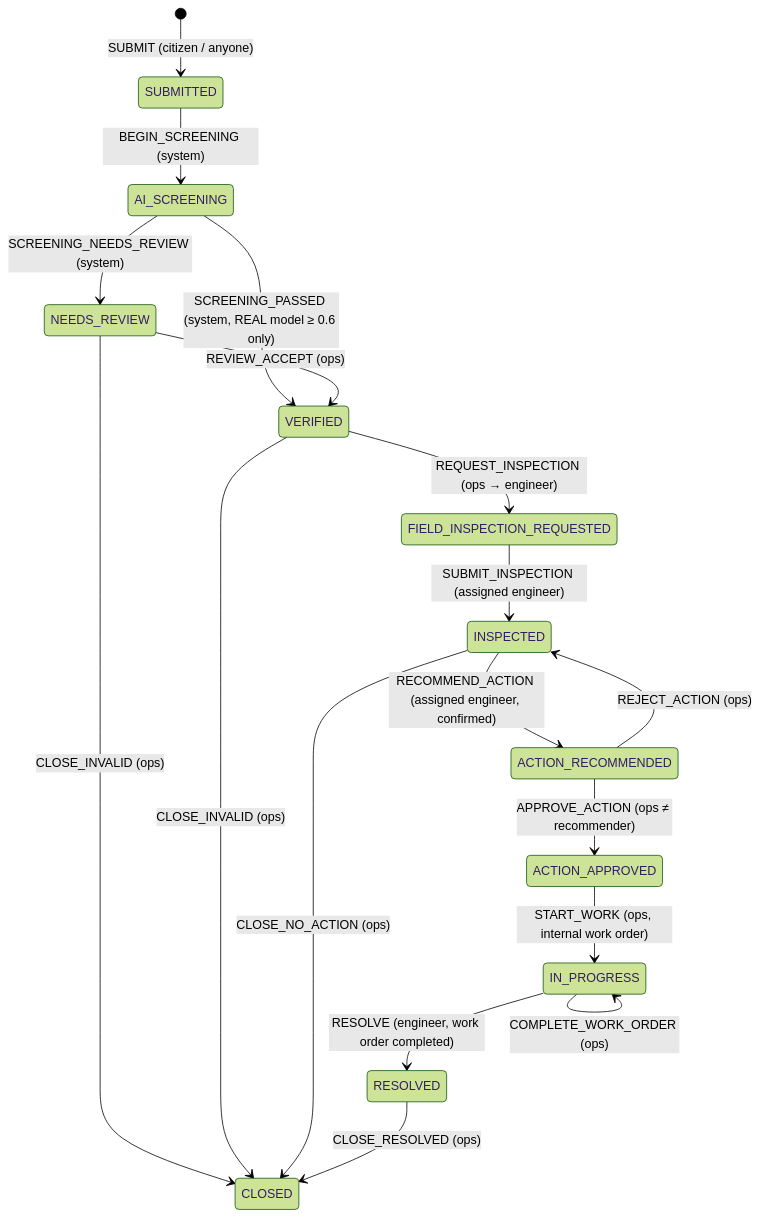
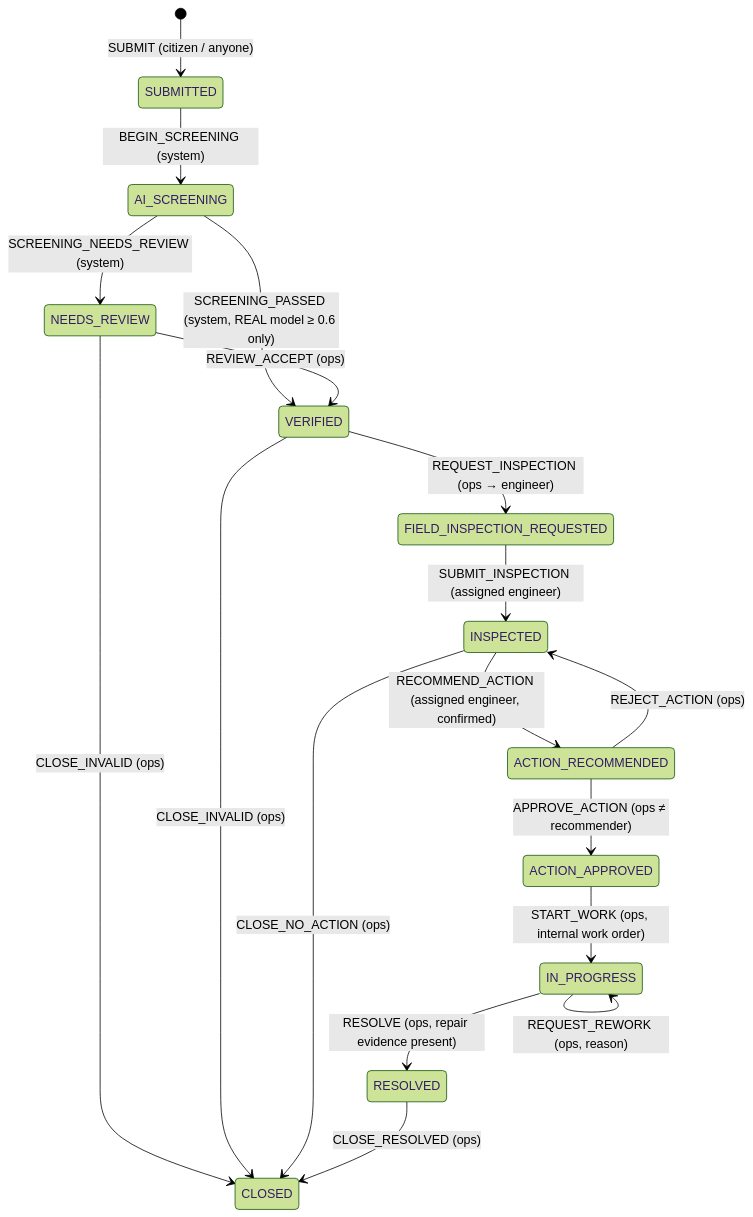
Before and after one commit to FarrelBerwyn/Pavement-Pinn: the diagram in docs/architecture/WORKFLOW_STATE_MACHINE.md, drawn with Mermaid (forest theme). The commit also changed other lines of this file and 23 other files, not shown here.

First line of the commit message:
feat(workflow): legacy task UX on the shared workflow; F.E repair evidence verified by M.O

````diff
--- a/docs/architecture/WORKFLOW_STATE_MACHINE.md
+++ b/docs/architecture/WORKFLOW_STATE_MACHINE.md
@@ -7,20 +7,21 @@
 ```mermaid
 stateDiagram-v2
   [*] --> SUBMITTED: SUBMIT (citizen / anyone)
   SUBMITTED --> AI_SCREENING: BEGIN_SCREENING (system)
   AI_SCREENING --> VERIFIED: SCREENING_PASSED (system, REAL model ≥ 0.6 only)
   AI_SCREENING --> NEEDS_REVIEW: SCREENING_NEEDS_REVIEW (system)
   NEEDS_REVIEW --> VERIFIED: REVIEW_ACCEPT (ops)
   NEEDS_REVIEW --> CLOSED: CLOSE_INVALID (ops)
   VERIFIED --> CLOSED: CLOSE_INVALID (ops)
   VERIFIED --> FIELD_INSPECTION_REQUESTED: REQUEST_INSPECTION (ops → engineer)
   FIELD_INSPECTION_REQUESTED --> INSPECTED: SUBMIT_INSPECTION (assigned engineer)
   INSPECTED --> ACTION_RECOMMENDED: RECOMMEND_ACTION (assigned engineer, confirmed)
   INSPECTED --> CLOSED: CLOSE_NO_ACTION (ops)
   ACTION_RECOMMENDED --> ACTION_APPROVED: APPROVE_ACTION (ops ≠ recommender)
   ACTION_RECOMMENDED --> INSPECTED: REJECT_ACTION (ops)
   ACTION_APPROVED --> IN_PROGRESS: START_WORK (ops, internal work order)
-  IN_PROGRESS --> IN_PROGRESS: COMPLETE_WORK_ORDER (ops)
-  IN_PROGRESS --> RESOLVED: RESOLVE (engineer, work order completed)
+  IN_PROGRESS --> IN_PROGRESS: COMPLETE_WORK_ORDER (assigned engineer, repair photo)
+  IN_PROGRESS --> IN_PROGRESS: REQUEST_REWORK (ops, reason)
+  IN_PROGRESS --> RESOLVED: RESOLVE (ops, repair evidence present)
   RESOLVED --> CLOSED: CLOSE_RESOLVED (ops)
 ```
````
